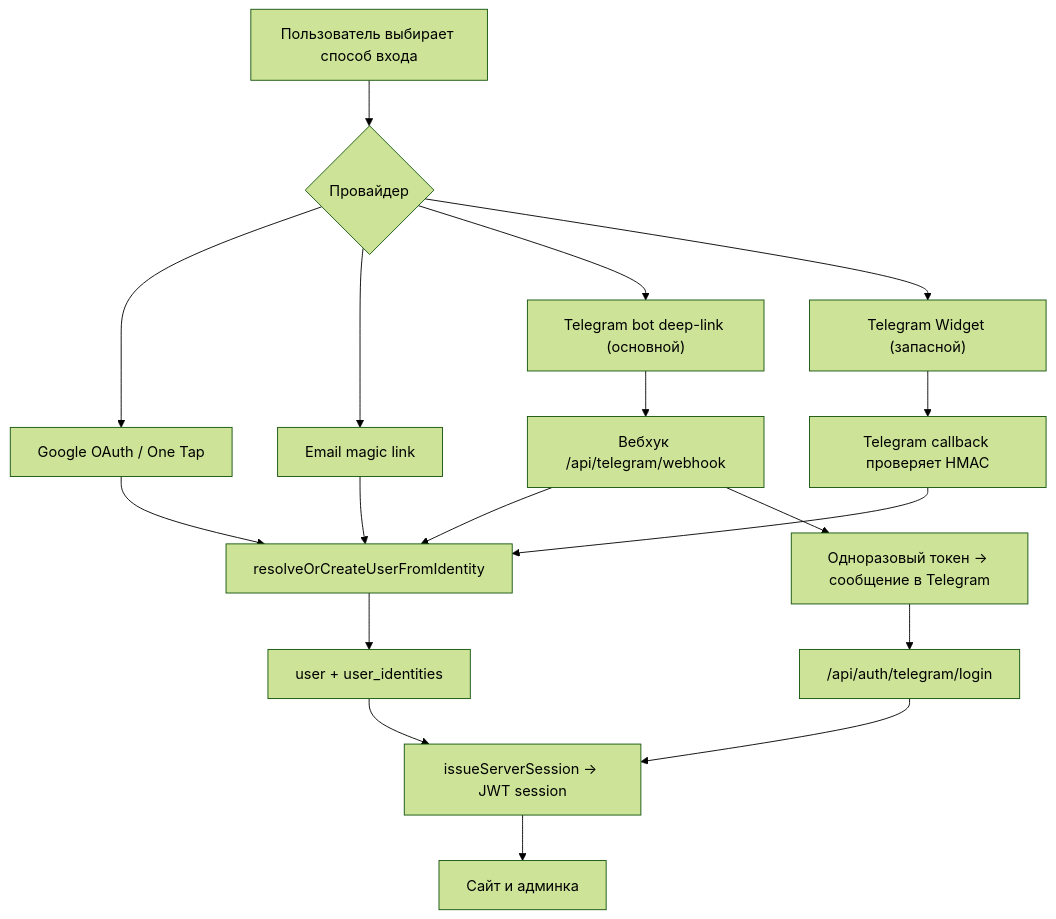
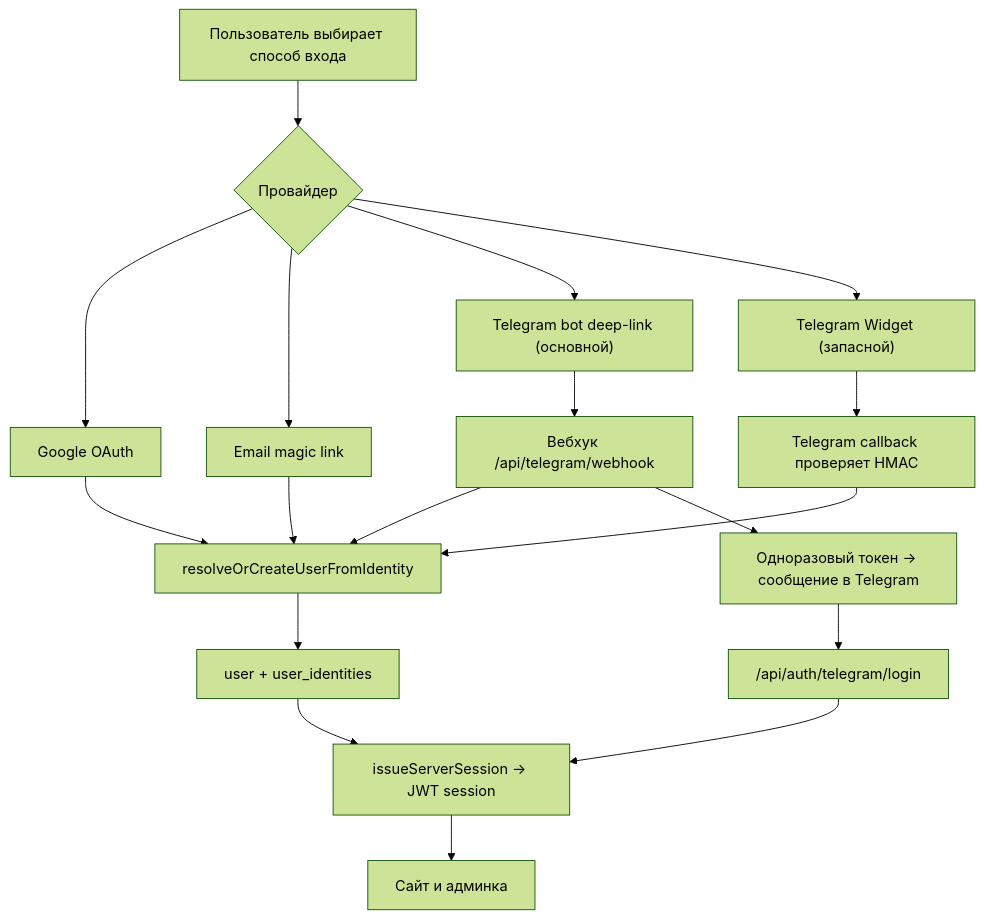
The first of 2 diagrams in docs/wiki/Auth-and-Users.md (bon2362/book-club), drawn with Mermaid (forest theme) before and after one commit. The commit also changed other lines of this file and 4 other files, not shown here.

First line of the commit message:
chore(auth): убрать авто-попап Google One Tap с главной (#404)

````diff
--- a/docs/wiki/Auth-and-Users.md
+++ b/docs/wiki/Auth-and-Users.md
@@ -33,20 +32,20 @@
 ```mermaid
 flowchart TD
     Start["Пользователь выбирает способ входа"] --> Provider{"Провайдер"}
-    Provider --> Google["Google OAuth / One Tap"]
+    Provider --> Google["Google OAuth"]
     Provider --> Email["Email magic link"]
     Provider --> TgBot["Telegram bot deep-link (основной)"]
     Provider --> TgWidget["Telegram Widget (запасной)"]
     Google --> Identity["resolveOrCreateUserFromIdentity"]
     Email --> Identity
     TgBot --> Webhook["Вебхук /api/telegram/webhook"]
     Webhook --> Identity
     Webhook --> Token["Одноразовый токен → сообщение в Telegram"]
     Token --> LoginRoute["/api/auth/telegram/login"]
     LoginRoute --> Session["issueServerSession → JWT session"]
     TgWidget --> Callback["Telegram callback проверяет HMAC"]
     Callback --> Identity
     Identity --> User["user + user_identities"]
     User --> Session
     Session --> Site["Сайт и админка"]
 ```
````
